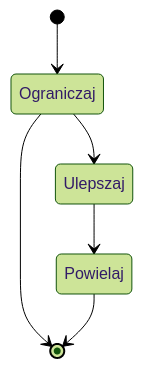
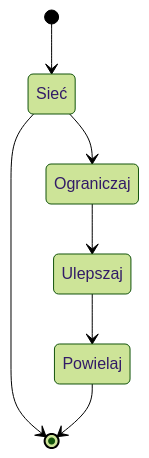
Before and after one commit to hipermodularyzacja/prezentacja: the ninth of 9 diagrams in README.md, drawn with Mermaid (forest theme). The commit also changed other lines of this file, not shown here.

````diff
--- a/README.md
+++ b/README.md
@@ -844,9 +881,10 @@
 ```mermaid
 stateDiagram
-    [*] --> Ograniczaj
-    Ograniczaj --> [*]
+    [*] --> Sieć
+    Sieć --> [*]
 
+    Sieć --> Ograniczaj
     Ograniczaj --> Ulepszaj
     Ulepszaj --> Powielaj    
     Powielaj --> [*]
 ```
````
